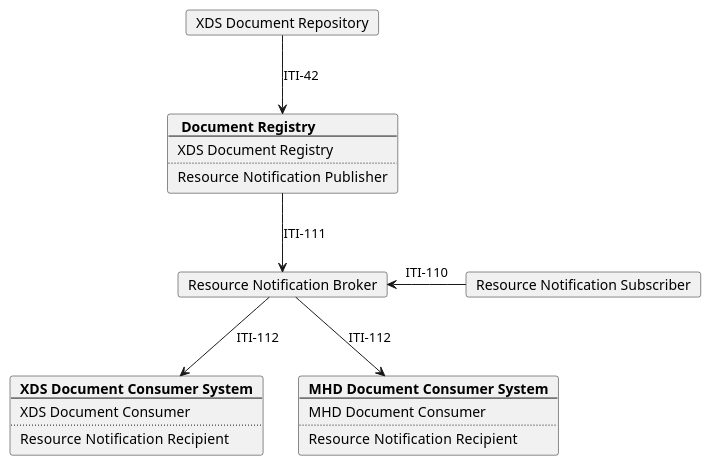
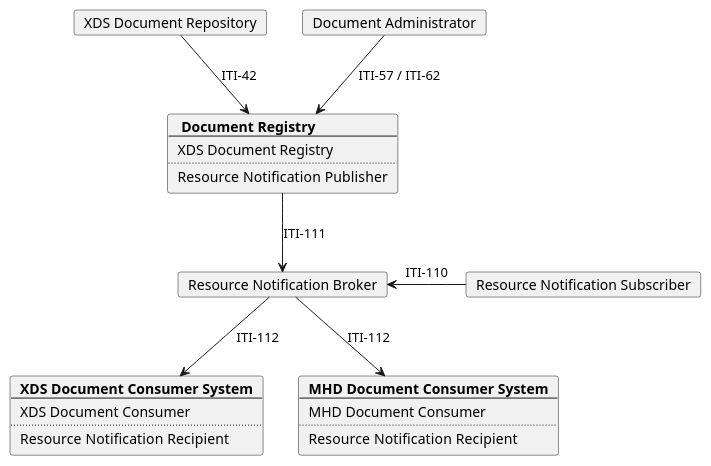
The diagram in input/images-source/model_MHD.plantuml (IHE/ITI.DSUBm), drawn with PlantUML before and after one commit. The commit also changed 1 other file, not shown here.

Commit message:
uml update

```diff
--- a/input/images-source/model_MHD.plantuml
+++ b/input/images-source/model_MHD.plantuml
@@ -1,58 +1,59 @@
 @startuml
 skinparam svgDimensionStyle false
 skinparam componentStyle rectangle
 
 hide footbox
 /' title "DSUBm grouped with MHD" '/
 
 
 card "XDS Document Repository" as XDS_Repo 
+card "Document Administrator" as DOC_Administrator
 card  Registry [
   <b> Document Registry
   ----
   XDS Document Registry 
   ....
   Resource Notification  Publisher
 ]
 card "Resource Notification Broker" as DSUBm_Broker
 card "Resource Notification Subscriber" as DSUBm_Subscriber
 
 
 card  Consumer_XDS[
   <b>XDS Document Consumer System
   ----
   XDS Document Consumer
   ....
   Resource Notification  Recipient
 ]
 
 card  Consumer_MHD[
   <b>MHD Document Consumer System
   ----
   MHD Document Consumer
   ....
   Resource Notification  Recipient
 ]
 
 
-
+DOC_Administrator --> Registry: ITI-57 / ITI-62
 
 XDS_Repo -d-> Registry: ITI-42
 Registry -d-> DSUBm_Broker: ITI-111
 DSUBm_Subscriber -l-> DSUBm_Broker: ITI-110
 DSUBm_Broker --> Consumer_MHD: ITI-112
 DSUBm_Broker --> Consumer_XDS: ITI-112
 /'
 card  ConsumerInterface [
   <b> MHD to XDS Consumer Interface
   ----
   MHD Document Recipient
   ....
   XDS Document Consumer 
 ]
 Consumer -u-> ConsumerInterface: ITI-68
 ConsumerInterface -l-> XDS_Repo: ITI-43
 ConsumerInterface --> Registry: ITI-18
 '/
 
 @enduml
```
